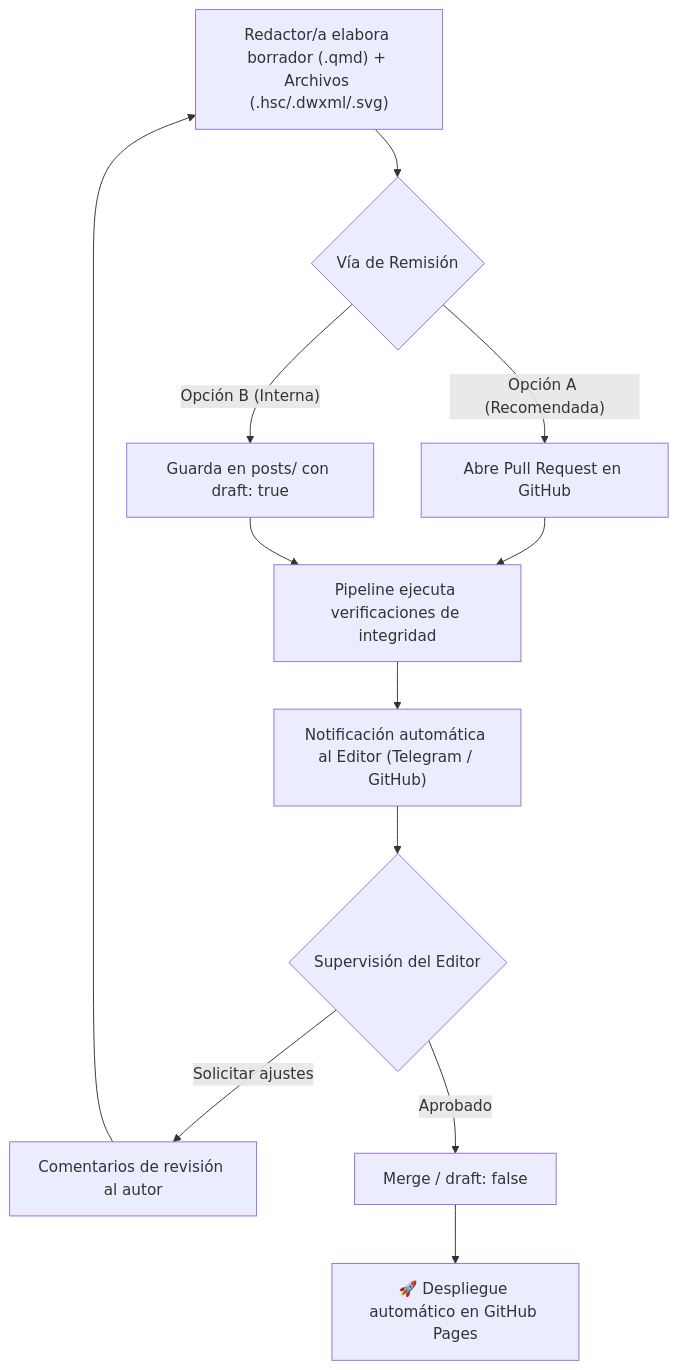
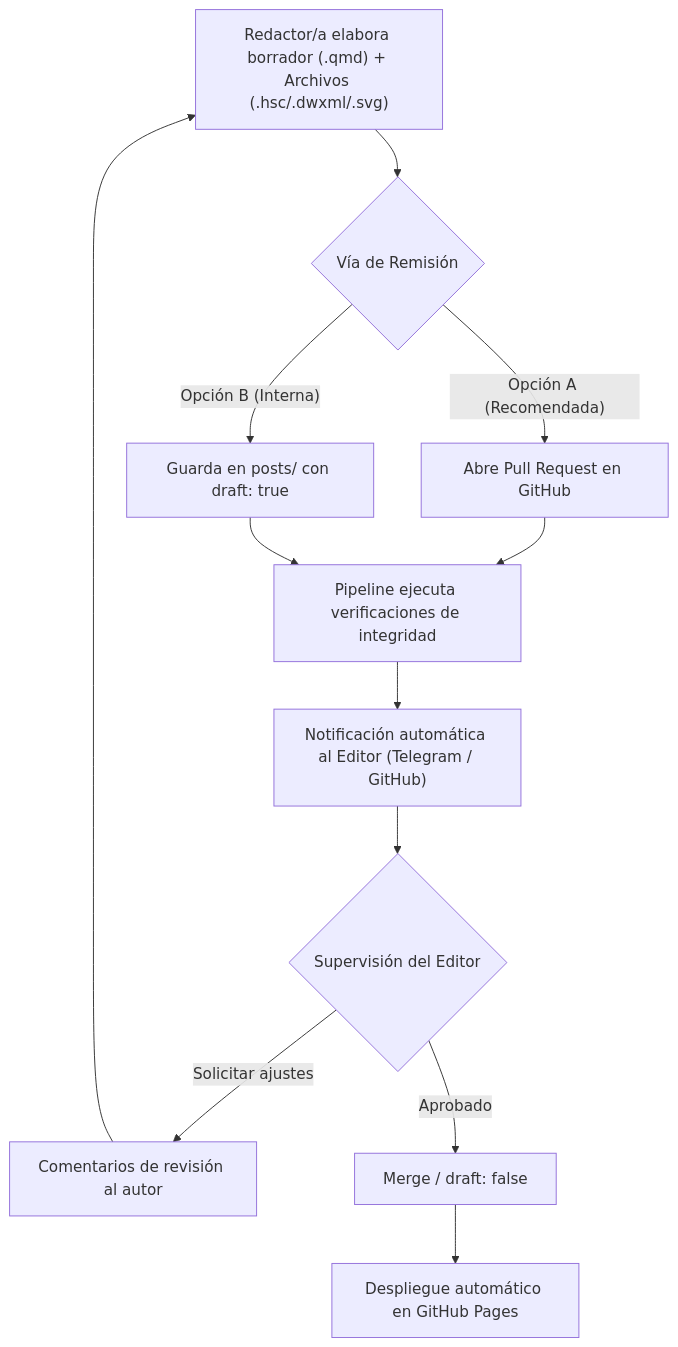
Before and after one commit to anxosanchez/sopqblog: the diagram in guia-colaboradores.es.qmd, drawn with Mermaid. The commit also changed other lines of this file and 2 other files, not shown here.

````diff
--- a/guia-colaboradores.es.qmd
+++ b/guia-colaboradores.es.qmd
@@ -37,14 +20,14 @@
 ```{mermaid}
 flowchart TD
     A["Redactor/a elabora borrador (.qmd) + Archivos (.hsc/.dwxml/.svg)"] --> B{"Vía de Remisión"}
     B -->|"Opción A (Recomendada)"| C["Abre Pull Request en GitHub"]
     B -->|"Opción B (Interna)"| D["Guarda en posts/ con draft: true"]
     C --> E["Pipeline ejecuta verificaciones de integridad"]
     D --> E
     E --> F["Notificación automática al Editor (Telegram / GitHub)"]
     F --> G{"Supervisión del Editor"}
     G -->|"Solicitar ajustes"| H["Comentarios de revisión al autor"]
     H --> A
     G -->|"Aprobado"| I["Merge / draft: false"]
-    I --> J["🚀 Despliegue automático en GitHub Pages"]
+    I --> J["Despliegue automático en GitHub Pages"]
 ```
````
